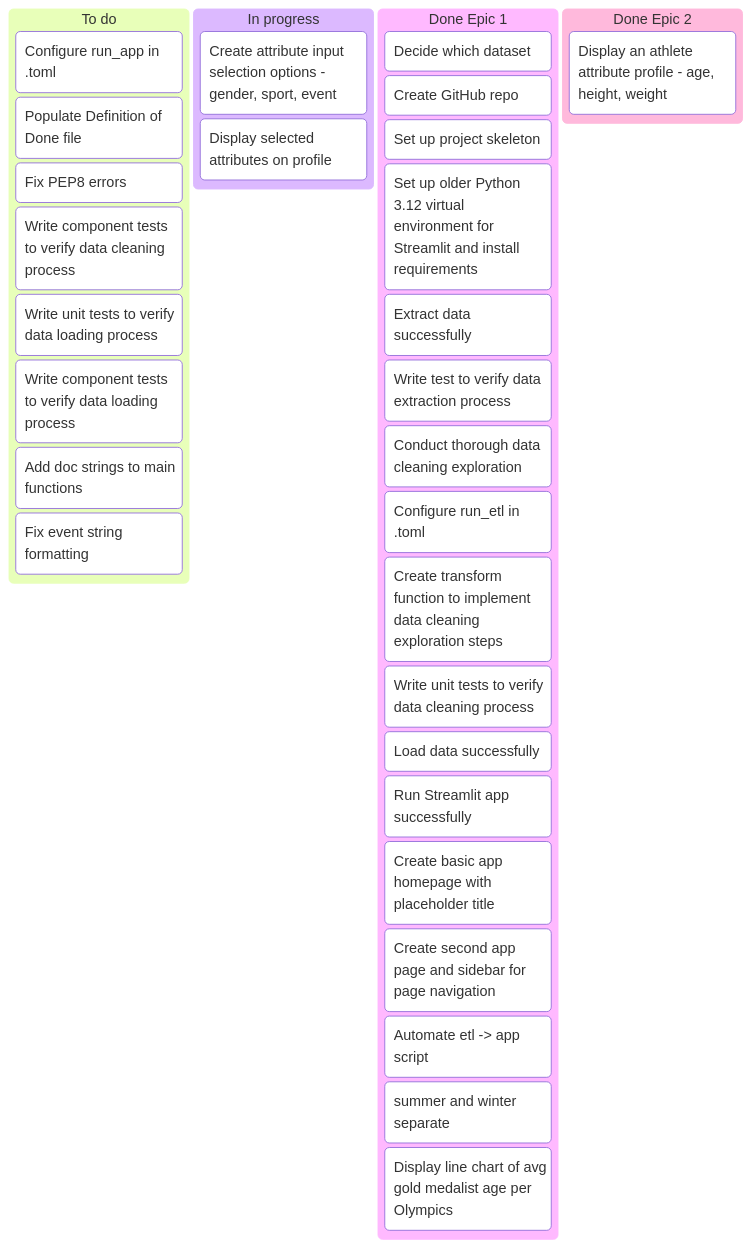
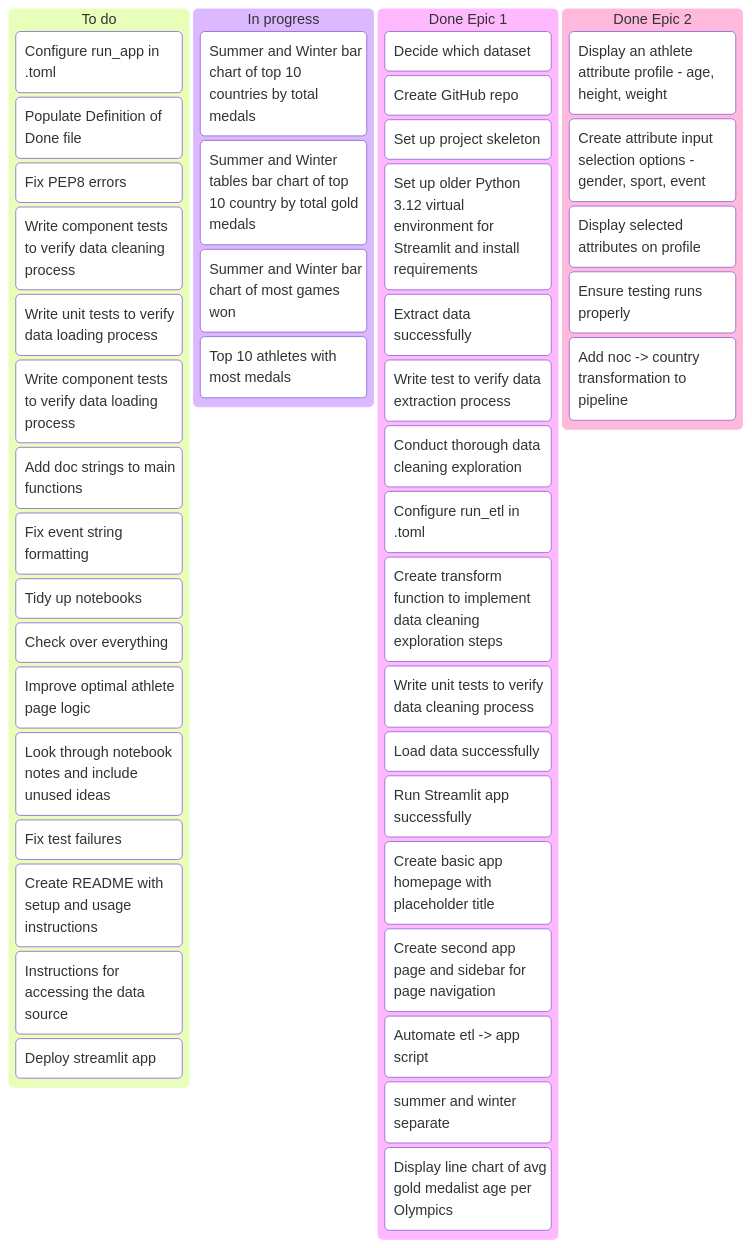
Before and after one commit to RonanD10/capstone-project: the first of 2 diagrams in docs/kanban.md, drawn with Mermaid. The commit also changed 34 other files, not shown here.

Commit message:
Added enrichment transformation and cleaned up pipeline

````diff
--- a/docs/kanban.md
+++ b/docs/kanban.md
@@ -3,39 +3,53 @@
 ```mermaid
 kanban
     To do
         Configure run_app in .toml
         Populate Definition of Done file
         Fix PEP8 errors
         Write component tests to verify data cleaning process 
         Write unit tests to verify data loading process 
         Write component tests to verify data loading process 
         Add doc strings to main functions
         Fix event string formatting
+        Tidy up notebooks
+        Check over everything       
+        Improve optimal athlete page logic 
+        Look through notebook notes and include unused ideas
+        Fix test failures 
+        Create README with setup and usage instructions
+        Instructions for accessing the data source
+        Deploy streamlit app 
 
     In progress
-        Create attribute input selection options - gender, sport, event
-        Display selected attributes on profile 
+        Summer and Winter bar chart of top 10 countries by total medals
+        Summer and Winter tables bar chart of top 10 country by total gold medals
+        Summer and Winter bar chart of most games won
+        Top 10 athletes with most medals
 
     Done Epic 1
         Decide which dataset
         Create GitHub repo 
         Set up project skeleton
         Set up older Python 3.12 virtual environment for Streamlit and install requirements
         Extract data successfully
         Write test to verify data extraction process
         Conduct thorough data cleaning exploration
         Configure run_etl in .toml
         Create transform function to implement data cleaning exploration steps
         Write unit tests to verify data cleaning process 
         Load data successfully
         Run Streamlit app successfully
         Create basic app homepage with placeholder title
         Create second app page and sidebar for page navigation
         Automate etl -> app script
         Display ordered bar chart of avg age per event (summer and winter separate)
         Display line chart of avg gold medalist age per Olympics
 
     Done Epic 2 
         Display an athlete attribute profile - age, height, weight
+        Create attribute input selection options - gender, sport, event
+        Display selected attributes on profile 
+        Ensure testing runs properly
+        Add noc -> country transformation to pipeline 
         
 ```
````
